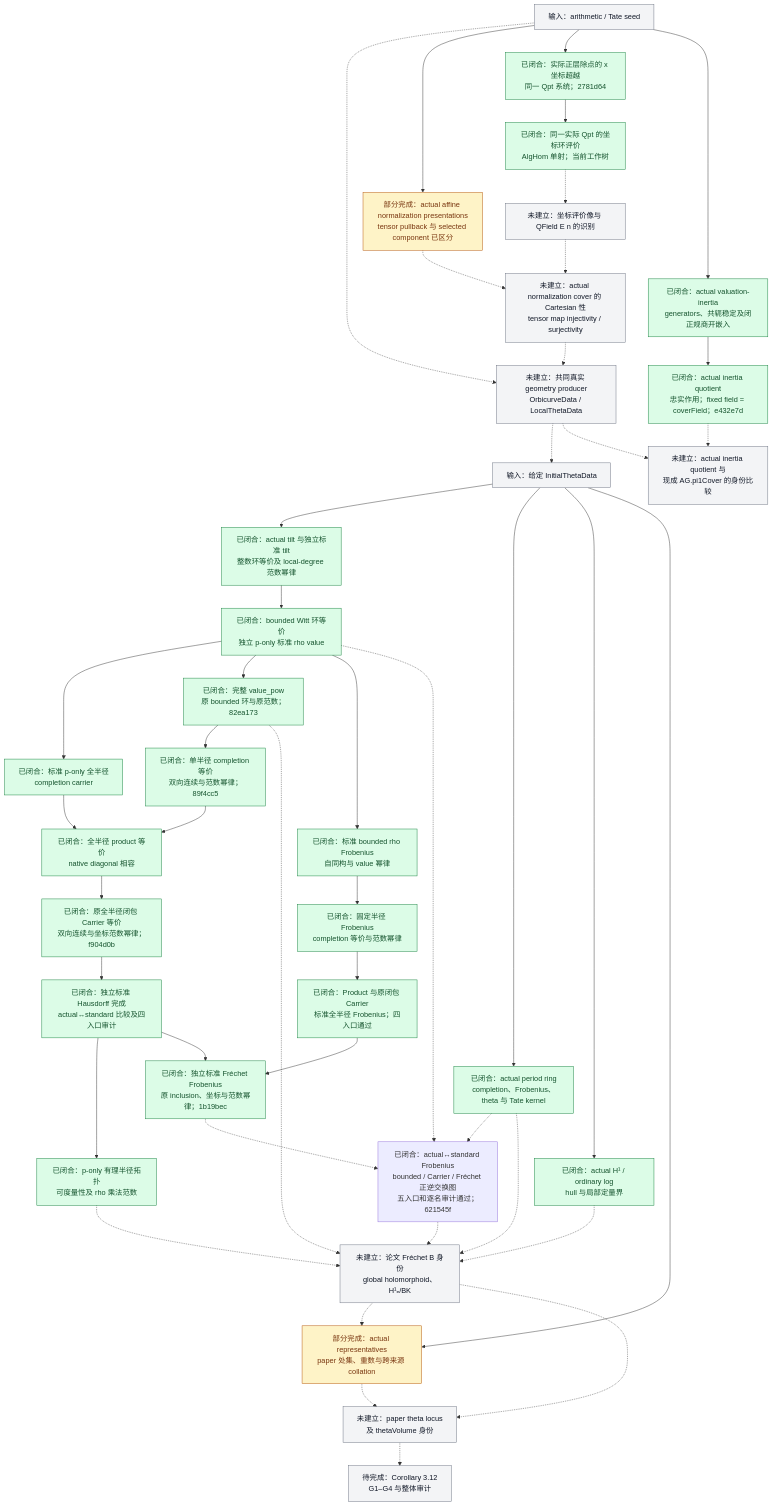
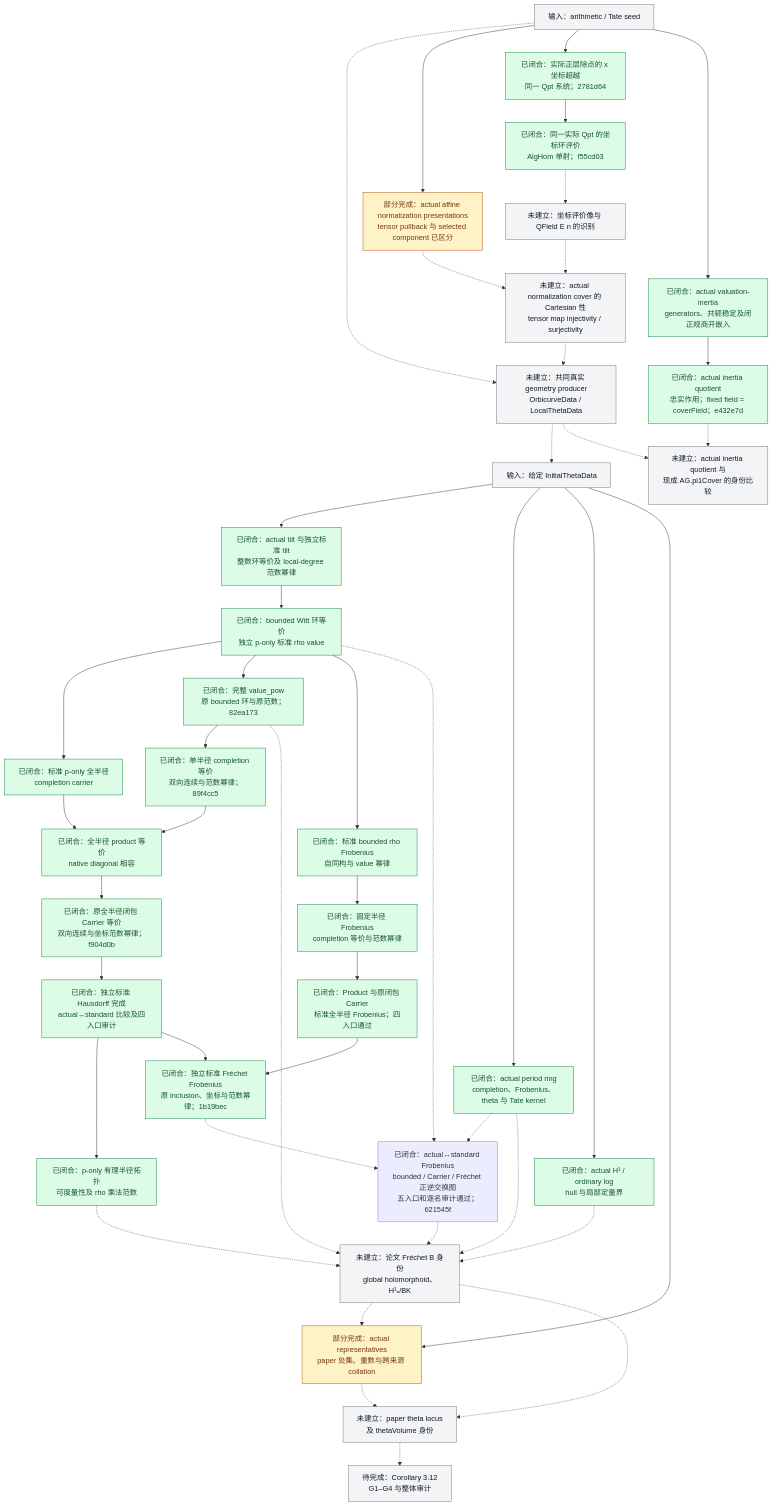
One commit to Ember-Institute/KirtiJoshi-abc changed the diagram in docs/Scene1进度总览.md. Above: the diagram before and after it, drawn with Mermaid. The commit also changed other lines of this file and 1 other file, not shown here.

```diff
--- a/docs/Scene1进度总览.md
+++ b/docs/Scene1进度总览.md
@@ -88,7 +88,7 @@
     FC["已闭合：actual↔standard Frobenius<br/>bounded / Carrier / Fréchet 正逆交换图<br/>五入口和逐名审计通过；621545f"]
     AF["部分完成：actual affine normalization presentations<br/>tensor pullback 与 selected component 已区分"]
     DX["已闭合：实际正层除点的 x 坐标超越<br/>同一 Qpt 系统；2781d64"]
-    EA["已闭合：同一实际 Qpt 的坐标环评价<br/>AlgHom 单射；当前工作树"]
+    EA["已闭合：同一实际 Qpt 的坐标环评价<br/>AlgHom 单射；f55cd03"]
     EV["未建立：坐标评价像与 QField E n 的识别"]
     IG["已闭合：actual valuation-inertia<br/>generators、共轭稳定及闭正规商开嵌入"]
     IQ["已闭合：actual inertia quotient<br/>忠实作用；fixed field = coverField；e432e7d"]
```
